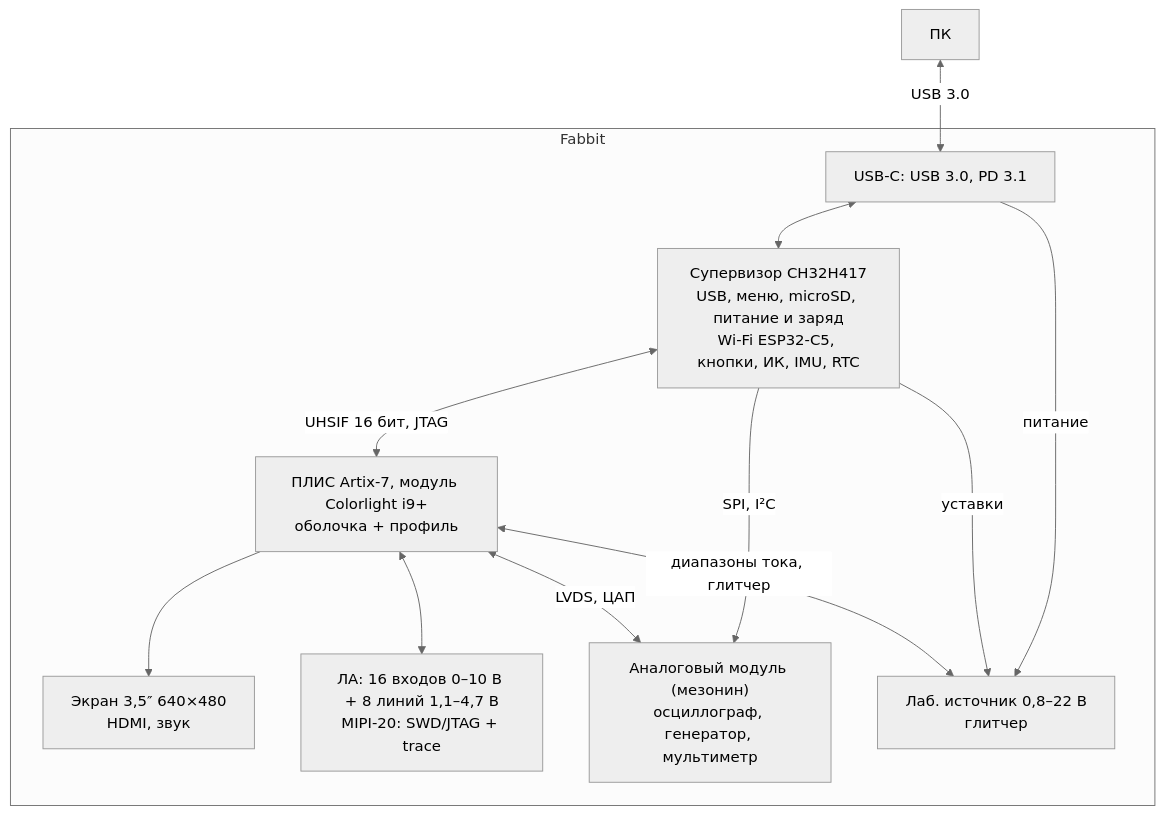
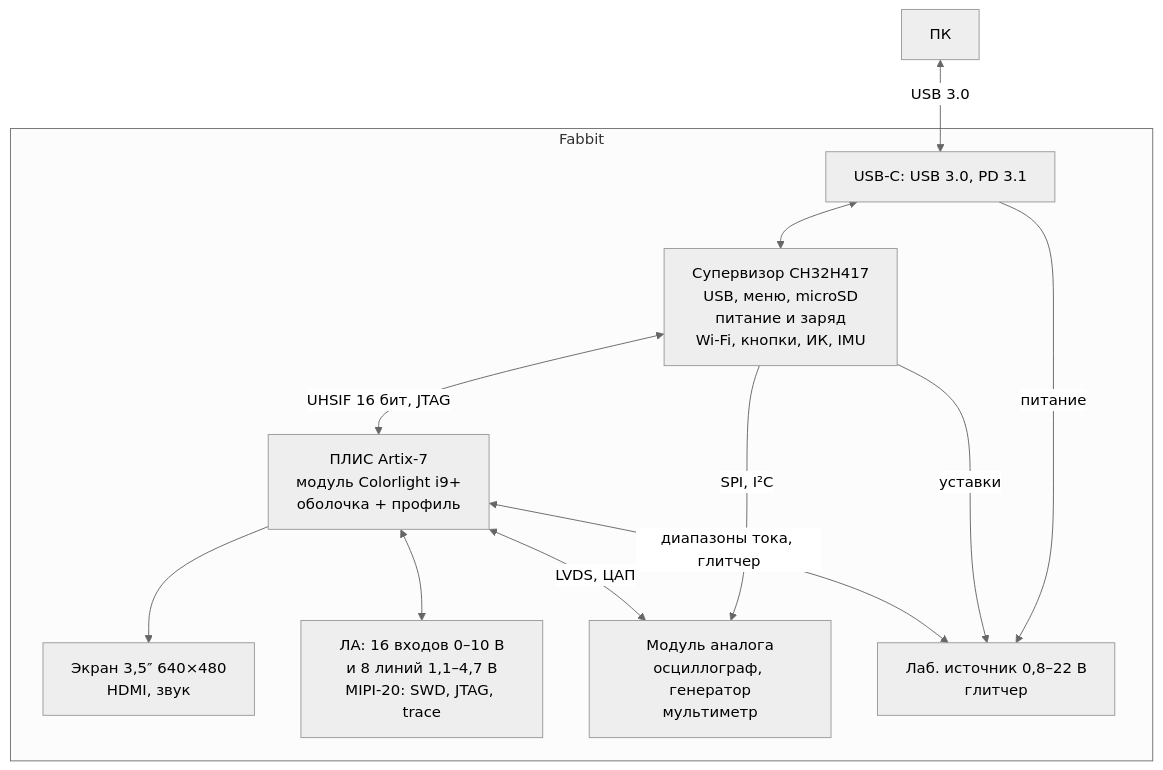
The first of 2 diagrams in README.md (fabbit-dev/fabbit), drawn with Mermaid (neutral theme) before and after one commit. The commit also changed other lines of this file and 2 other files, not shown here.

Commit message:
docs(readme): уточнения по ревью, схемы компактнее

````diff
--- a/README.md
+++ b/README.md
@@ -76,23 +76,23 @@
 ```mermaid
 flowchart TB
   HOST["ПК"]
   subgraph DEV["Fabbit"]
     USBC["USB-C: USB 3.0, PD 3.1"]
-    MCU["Супервизор CH32H417<br/>USB, меню, microSD, питание и заряд<br/>Wi-Fi ESP32-C5, кнопки, ИК, IMU, RTC"]
-    FPGA["ПЛИС Artix-7, модуль Colorlight i9+<br/>оболочка + профиль"]
+    MCU["Супервизор CH32H417<br/>USB, меню, microSD<br/>питание и заряд<br/>Wi-Fi, кнопки, ИК, IMU"]
+    FPGA["ПЛИС Artix-7<br/>модуль Colorlight i9+<br/>оболочка + профиль"]
     VID["Экран 3,5″ 640×480<br/>HDMI, звук"]
-    IO["ЛА: 16 входов 0–10 В + 8 линий 1,1–4,7 В<br/>MIPI-20: SWD/JTAG + trace"]
-    AMOD["Аналоговый модуль (мезонин)<br/>осциллограф, генератор, мультиметр"]
+    IO["ЛА: 16 входов 0–10 В<br/>и 8 линий 1,1–4,7 В<br/>MIPI-20: SWD, JTAG, trace"]
+    AMOD["Модуль аналога<br/>осциллограф, генератор<br/>мультиметр"]
     PSU["Лаб. источник 0,8–22 В<br/>глитчер"]
   end
   HOST <-->|"USB 3.0"| USBC
   USBC <--> MCU
   USBC -->|"питание"| PSU
   MCU <-->|"UHSIF 16 бит, JTAG"| FPGA
   MCU -->|"уставки"| PSU
   MCU -->|"SPI, I²C"| AMOD
   FPGA --> VID
   FPGA <--> IO
   FPGA <-->|"LVDS, ЦАП"| AMOD
   FPGA <-->|"диапазоны тока, глитчер"| PSU
 ```
````
